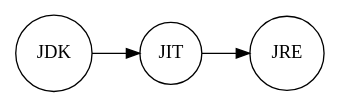
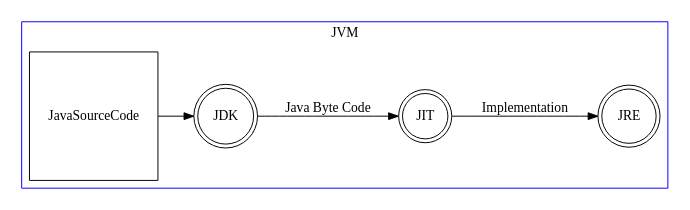
Before and after one commit to maks-1987/traineeship: the diagram in module1/src/main/java/net/broscorp/a_patform/a_platform.gv, drawn with Graphviz.

Commit message:
a_platform bug-fix

```diff
--- a/module1/src/main/java/net/broscorp/a_patform/a_platform.gv
+++ b/module1/src/main/java/net/broscorp/a_patform/a_platform.gv
@@ -1,15 +1,24 @@
-digraph finite_state_machine {
+digraph {
+    rankdir=LR;
     rankdir=LR;
     size="8,5"
+    size="7"
+    node [shape = square];
+    JavaSourceCode
+    node [shape = doublecircle];
+    JDK JIT JRE;
+    node [shape = circle];
     node [shape = circle];
 
-    JDK -> JIT;
-    JIT -> JRE;
+    subgraph cluster {
+    JavaSourceCode -> JDK
+    JDK -> JIT [ label = "Java Byte Code" ];
+    JIT -> JRE [ label = "Implementation" ];
+    }
 
-    subgraph {
+    subgraph cluster {
     JIT
     color=blue;
     label = "JVM"
     }
-
 }
```
